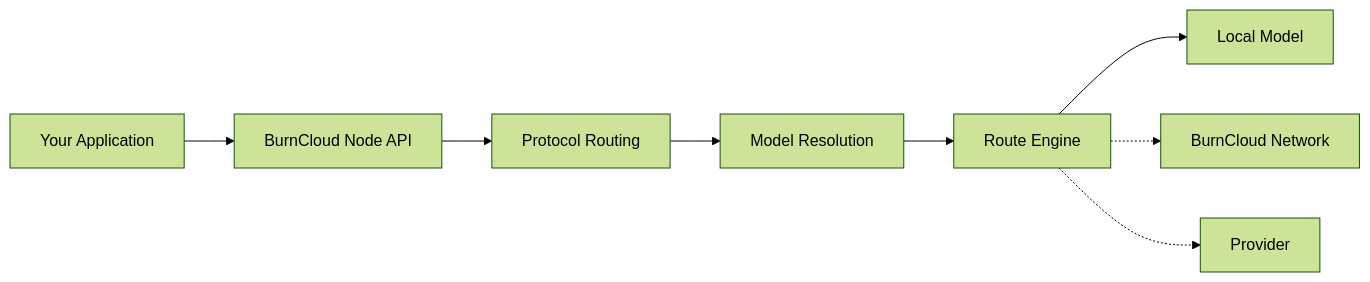
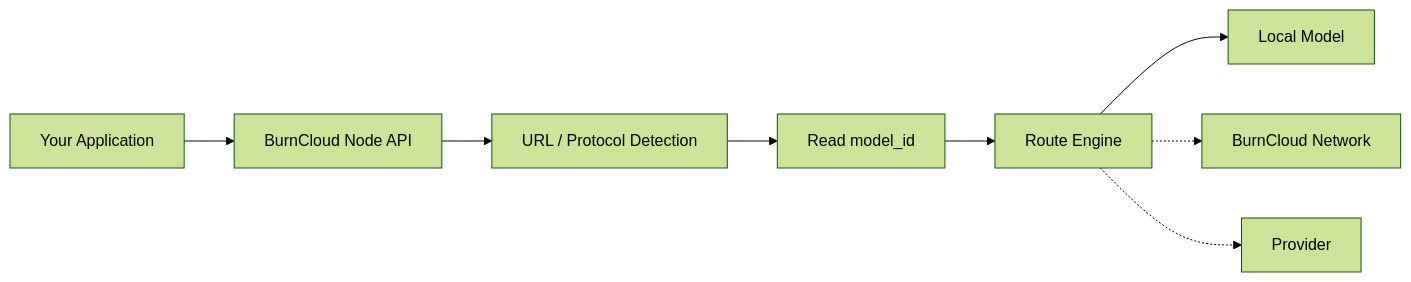
Before and after one commit to burncloud/burncloud.github.io: the first of 2 diagrams in site/manual-docs/burncloud-node/index.md, drawn with Mermaid (forest theme). The commit also changed other lines of this file, not shown here.

Commit message:
docs: update Node overview for raw proxy routing

````diff
--- a/site/manual-docs/burncloud-node/index.md
+++ b/site/manual-docs/burncloud-node/index.md
@@ -15,10 +15,10 @@
 ```mermaid
 flowchart LR
     APP["Your Application"] --> API["BurnCloud Node API"]
-    API --> PROTOCOL["Protocol Routing"]
-    PROTOCOL --> MODEL["Model Resolution"]
+    API --> PROTOCOL["URL / Protocol Detection"]
+    PROTOCOL --> MODEL["Read model_id"]
     MODEL --> ROUTE["Route Engine"]
     ROUTE --> LOCAL["Local Model"]
     ROUTE -.-> NETWORK["BurnCloud Network"]
     ROUTE -.-> PROVIDER["Provider"]
 ```
````
